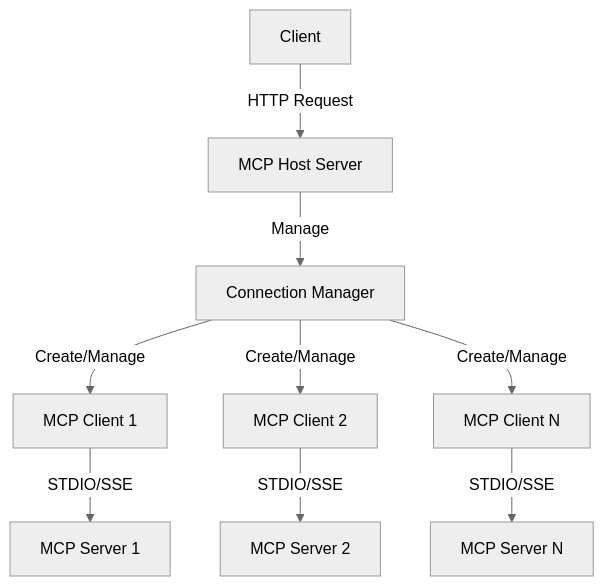
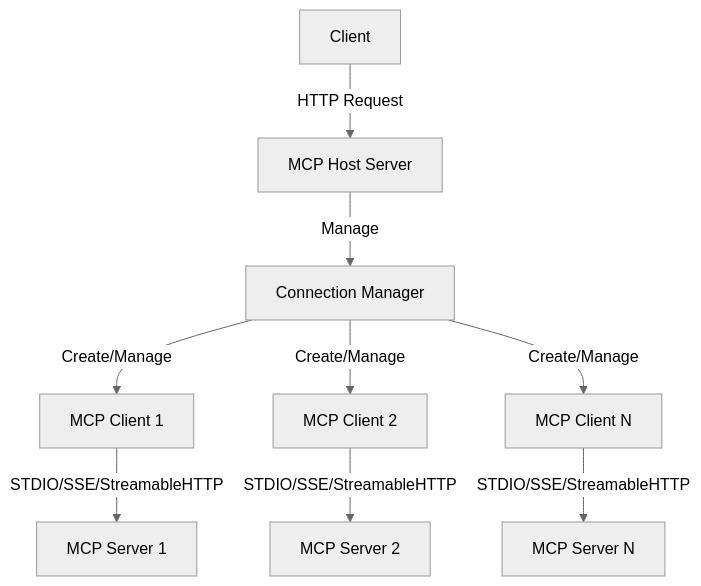
Before and after one commit to liujilongObject/mcp-host-use: the diagram in README.EN.md, drawn with Mermaid (neutral theme). The commit also changed other lines of this file and 6 other files, not shown here.

Commit message:
feat: supported StreamableHTTP

````diff
--- a/README.EN.md
+++ b/README.EN.md
@@ -11,11 +11,11 @@
 ```mermaid
 graph TD
     Client[Client] -->|HTTP Request| HostServer[MCP Host Server]
     HostServer -->|Manage| ConnectionManager[Connection Manager]
     ConnectionManager -->|Create/Manage| MCPClient1[MCP Client 1]
     ConnectionManager -->|Create/Manage| MCPClient2[MCP Client 2]
     ConnectionManager -->|Create/Manage| MCPClientN[MCP Client N]
-    MCPClient1 -->|STDIO/SSE| MCPServer1[MCP Server 1]
-    MCPClient2 -->|STDIO/SSE| MCPServer2[MCP Server 2]
-    MCPClientN -->|STDIO/SSE| MCPServerN[MCP Server N]
+    MCPClient1 -->|STDIO/SSE/StreamableHTTP| MCPServer1[MCP Server 1]
+    MCPClient2 -->|STDIO/SSE/StreamableHTTP| MCPServer2[MCP Server 2]
+    MCPClientN -->|STDIO/SSE/StreamableHTTP| MCPServerN[MCP Server N]
 ```
````
